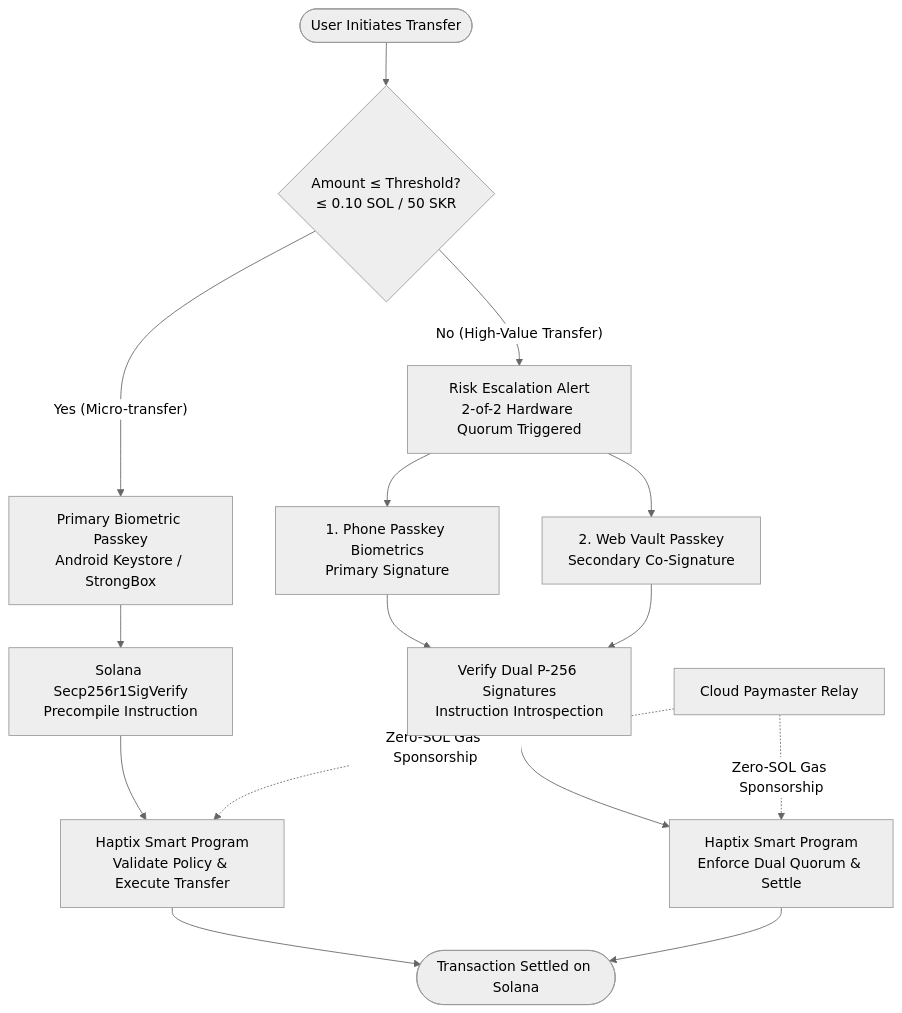
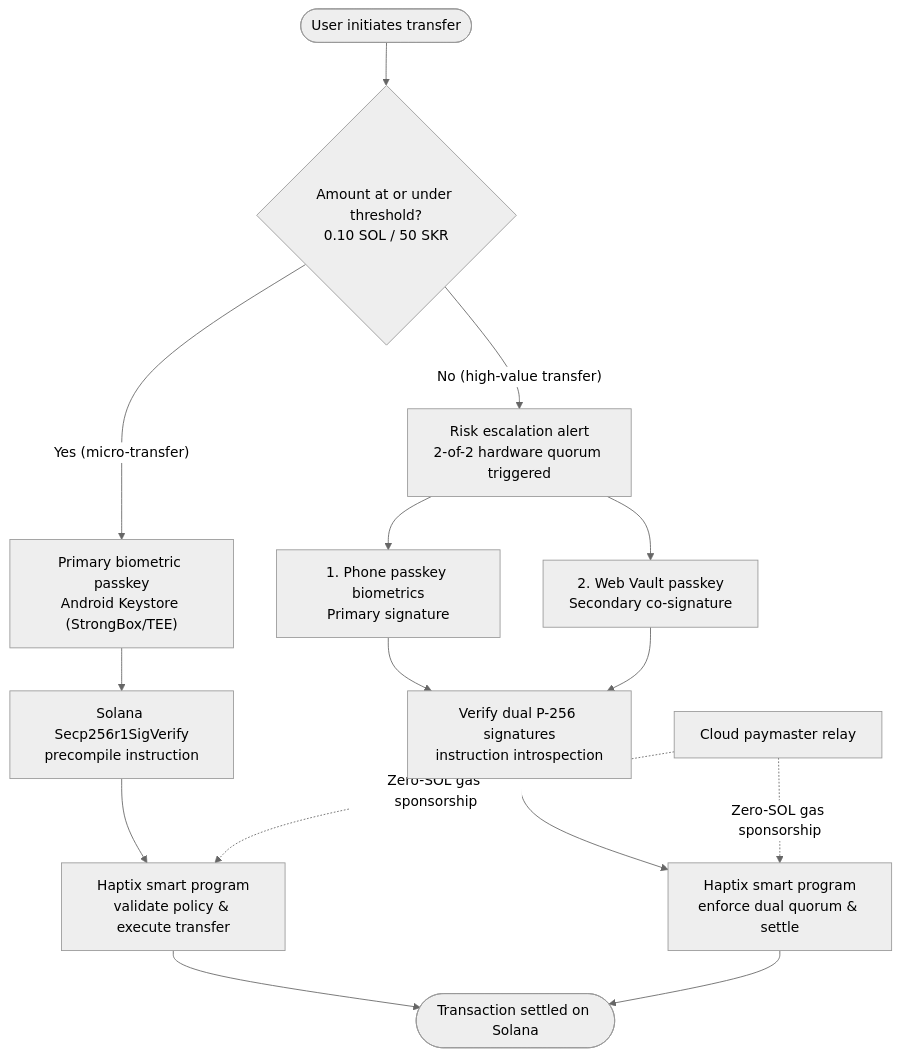
Before and after one commit to ritesh59697/haptix-mobile-app: the diagram in README.md, drawn with Mermaid (neutral theme). The commit also changed other lines of this file and 3 other files, not shown here.

````diff
--- a/README.md
+++ b/README.md
@@ -67,22 +67,22 @@
 ```mermaid
 flowchart TD
-    User([User Initiates Transfer]) --> Check{Amount &le; Threshold?<br/>&le; 0.10 SOL / 50 SKR}
+    User(["User initiates transfer"]) --> Check{"Amount at or under threshold?<br/>0.10 SOL / 50 SKR"}
     
     %% Low-Risk Lane
-    Check -- Yes (Micro-transfer) --> P1[Primary Biometric Passkey<br/>Android Keystore / StrongBox]
-    P1 --> Precompile1[Solana Secp256r1SigVerify<br/>Precompile Instruction]
-    Precompile1 --> Program1[Haptix Smart Program<br/>Validate Policy & Execute Transfer]
-    Program1 --> Confirmed([Transaction Settled on Solana])
+    Check -- "Yes (micro-transfer)" --> P1["Primary biometric passkey<br/>Android Keystore (StrongBox/TEE)"]
+    P1 --> Precompile1["Solana Secp256r1SigVerify<br/>precompile instruction"]
+    Precompile1 --> Program1["Haptix smart program<br/>validate policy & execute transfer"]
+    Program1 --> Confirmed(["Transaction settled on Solana"])
 
     %% Escalated Lane
-    Check -- No (High-Value Transfer) --> Escalation[Risk Escalation Alert<br/>2-of-2 Hardware Quorum Triggered]
-    Escalation --> P2A[1. Phone Passkey Biometrics<br/>Primary Signature]
-    Escalation --> P2B[2. Web Vault Passkey<br/>Secondary Co-Signature]
-    P2A --> Precompile2[Verify Dual P-256 Signatures<br/>Instruction Introspection]
+    Check -- "No (high-value transfer)" --> Escalation["Risk escalation alert<br/>2-of-2 hardware quorum triggered"]
+    Escalation --> P2A["1. Phone passkey biometrics<br/>Primary signature"]
+    Escalation --> P2B["2. Web Vault passkey<br/>Secondary co-signature"]
+    P2A --> Precompile2["Verify dual P-256 signatures<br/>instruction introspection"]
     P2B --> Precompile2
-    Precompile2 --> Program2[Haptix Smart Program<br/>Enforce Dual Quorum & Settle]
+    Precompile2 --> Program2["Haptix smart program<br/>enforce dual quorum & settle"]
     Program2 --> Confirmed
     
-    Relay[Cloud Paymaster Relay] -.->|Zero-SOL Gas Sponsorship| Program1
-    Relay -.->|Zero-SOL Gas Sponsorship| Program2
+    Relay["Cloud paymaster relay"] -.->|"Zero-SOL gas sponsorship"| Program1
+    Relay -.->|"Zero-SOL gas sponsorship"| Program2
 ```
````
